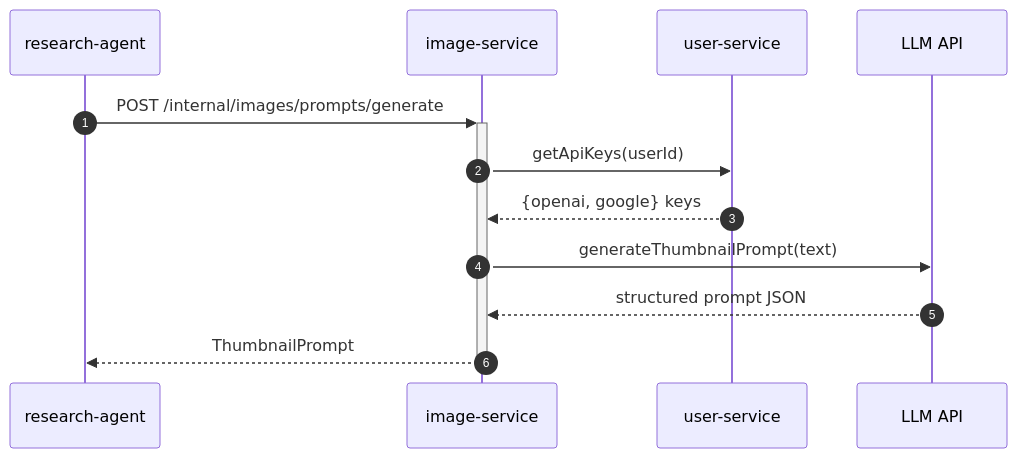
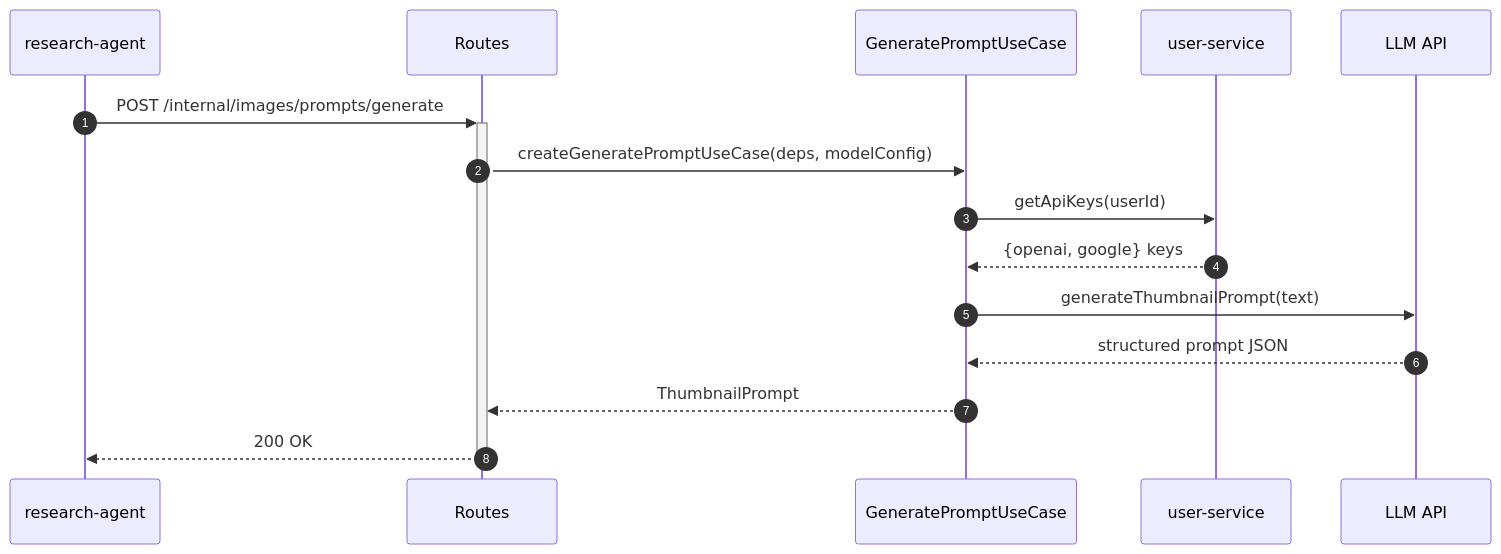
The third of 3 diagrams in docs/services/image-service/technical.md (pbuchman/intexuraos), drawn with Mermaid before and after one commit. The commit also changed other lines of this file and 125 other files, not shown here.

````diff
--- a/docs/services/image-service/technical.md
+++ b/docs/services/image-service/technical.md
@@ -82,17 +88,20 @@
 ```mermaid
 sequenceDiagram
     autonumber
     participant Caller as research-agent
-    participant Service as image-service
+    participant Routes as Routes
+    participant UC as GeneratePromptUseCase
     participant UserSvc as user-service
     participant LLM as LLM API
 
-    Caller->>+Service: POST /internal/images/prompts/generate
-    Service->>UserSvc: getApiKeys(userId)
-    UserSvc-->>Service: {openai, google} keys
+    Caller->>+Routes: POST /internal/images/prompts/generate
+    Routes->>UC: createGeneratePromptUseCase(deps, modelConfig)
+    UC->>UserSvc: getApiKeys(userId)
+    UserSvc-->>UC: {openai, google} keys
 
-    Service->>LLM: generateThumbnailPrompt(text)
-    LLM-->>Service: structured prompt JSON
+    UC->>LLM: generateThumbnailPrompt(text)
+    LLM-->>UC: structured prompt JSON
 
-    Service-->>-Caller: ThumbnailPrompt
+    UC-->>Routes: ThumbnailPrompt
+    Routes-->>-Caller: 200 OK
 ```
````
